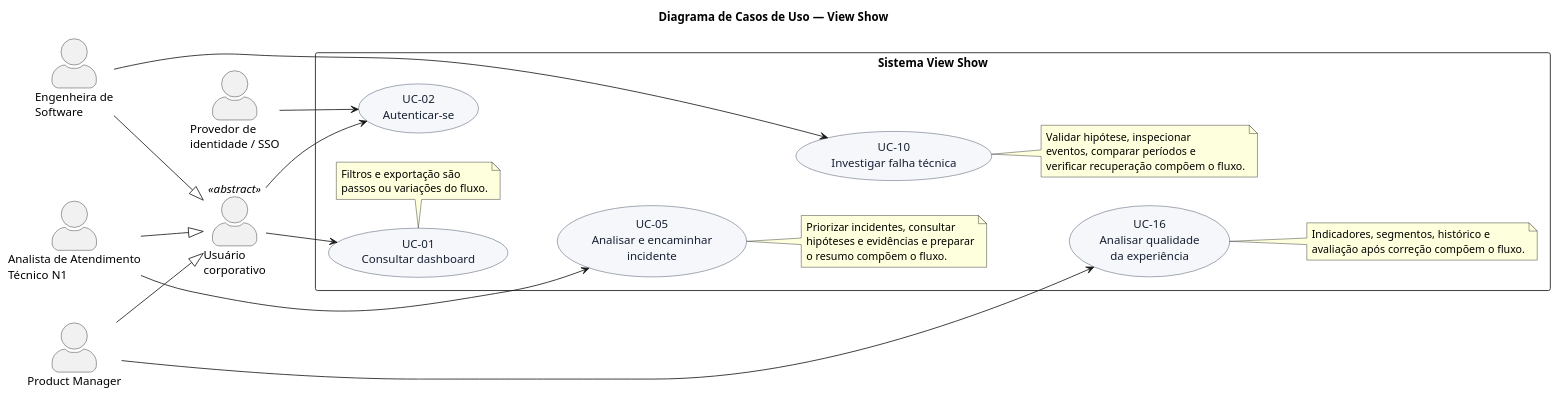
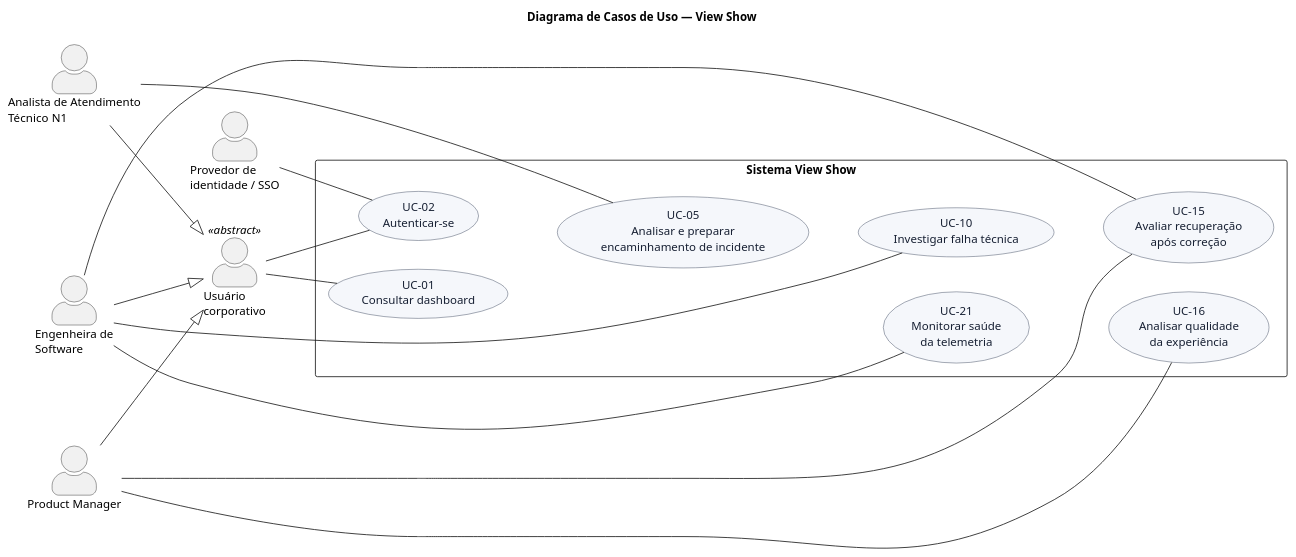
One commit to guedesrayssa/viewshow-ai-observability changed the diagram in assets/modelagem/casos-de-uso.puml. Above: the diagram before and after it, drawn with PlantUML. The commit also changed 9 other files, not shown here.

```diff
--- a/assets/modelagem/casos-de-uso.puml
+++ b/assets/modelagem/casos-de-uso.puml
@@ -1,63 +1,51 @@
 @startuml
 title Diagrama de Casos de Uso — View Show
 left to right direction
 
 skinparam backgroundColor white
 skinparam shadowing false
 skinparam defaultFontName Arial
 skinparam actorStyle awesome
 skinparam packageStyle rectangle
 skinparam usecase {
   BackgroundColor #F5F7FB
   BorderColor #233148
   FontColor #172033
 }
 
 actor "Usuário\ncorporativo" as Usuario <<abstract>>
 actor "Analista de Atendimento\nTécnico N1" as N1
 actor "Engenheira de\nSoftware" as Engenharia
 actor "Product Manager" as PM
 actor "Provedor de\nidentidade / SSO" as SSO
 
 N1 --|> Usuario
 Engenharia --|> Usuario
 PM --|> Usuario
 
 rectangle "Sistema View Show" {
   usecase "UC-01\nConsultar dashboard" as UC01
   usecase "UC-02\nAutenticar-se" as UC02
-  usecase "UC-05\nAnalisar e encaminhar\nincidente" as UC05
+  usecase "UC-05\nAnalisar e preparar\nencaminhamento de incidente" as UC05
   usecase "UC-10\nInvestigar falha técnica" as UC10
+  usecase "UC-15\nAvaliar recuperação\napós correção" as UC15
   usecase "UC-16\nAnalisar qualidade\nda experiência" as UC16
-
-  note bottom of UC01
-    Filtros e exportação são
-    passos ou variações do fluxo.
-  end note
-  note right of UC05
-    Priorizar incidentes, consultar
-    hipóteses e evidências e preparar
-    o resumo compõem o fluxo.
-  end note
-  note right of UC10
-    Validar hipótese, inspecionar
-    eventos, comparar períodos e
-    verificar recuperação compõem o fluxo.
-  end note
-  note right of UC16
-    Indicadores, segmentos, histórico e
-    avaliação após correção compõem o fluxo.
-  end note
+  usecase "UC-21\nMonitorar saúde\nda telemetria" as UC21
 }
 
-Usuario --> UC01
-Usuario --> UC02
-SSO --> UC02
-N1 --> UC05
-Engenharia --> UC10
-PM --> UC16
+Usuario -- UC01
+Usuario -- UC02
+SSO -- UC02
+N1 -- UC05
+Engenharia -- UC10
+Engenharia -- UC15
+Engenharia -- UC21
+PM -- UC15
+PM -- UC16
 
 UC01 -[hidden]down- UC05
 UC05 -[hidden]down- UC10
-UC10 -[hidden]down- UC16
+UC10 -[hidden]down- UC15
+UC15 -[hidden]right- UC16
+UC16 -[hidden]up- UC21
 @enduml
```
